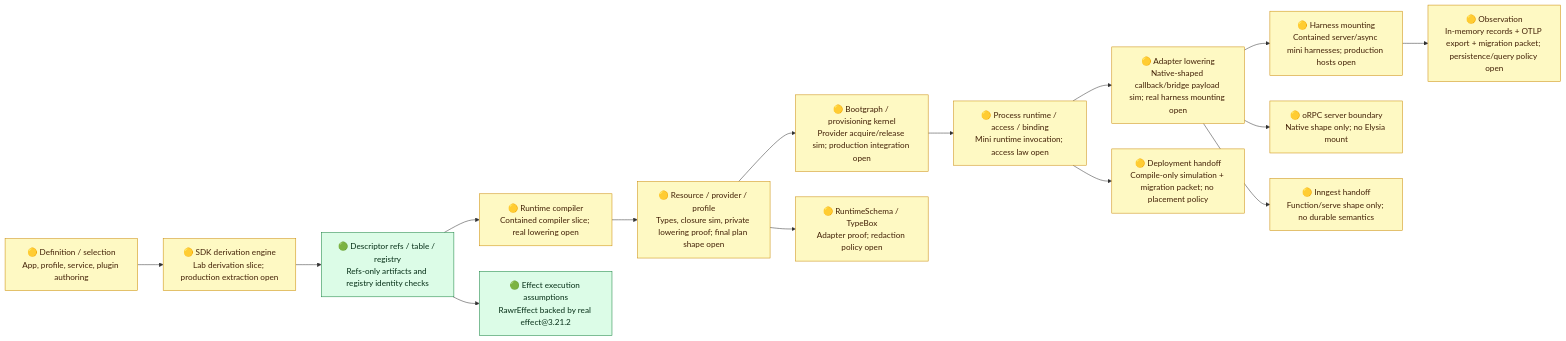
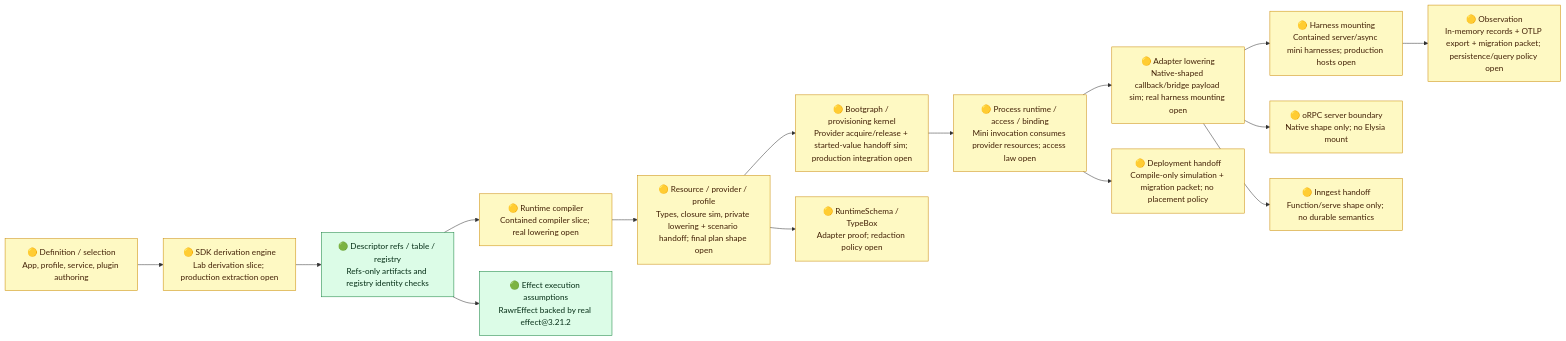
The diagram in tools/runtime-realization-type-env/evidence/runtime-spine-verification-diagnostic.md (rawr-ai/rawr-hq-template), drawn with Mermaid before and after one commit. The commit also changed other lines of this file and 8 other files, not shown here.

````diff
--- a/tools/runtime-realization-type-env/evidence/runtime-spine-verification-diagnostic.md
+++ b/tools/runtime-realization-type-env/evidence/runtime-spine-verification-diagnostic.md
@@ -19,25 +19,25 @@
 ```mermaid
 flowchart LR
   A["🟡 Definition / selection<br/>App, profile, service, plugin authoring"] --> B["🟡 SDK derivation engine<br/>Lab derivation slice; production extraction open"]
   B --> C["🟢 Descriptor refs / table / registry<br/>Refs-only artifacts and registry identity checks"]
   C --> D["🟡 Runtime compiler<br/>Contained compiler slice; real lowering open"]
-  D --> E["🟡 Resource / provider / profile<br/>Types, closure sim, private lowering proof; final plan shape open"]
-  E --> F["🟡 Bootgraph / provisioning kernel<br/>Provider acquire/release sim; production integration open"]
-  F --> G["🟡 Process runtime / access / binding<br/>Mini runtime invocation; access law open"]
+  D --> E["🟡 Resource / provider / profile<br/>Types, closure sim, private lowering + scenario handoff; final plan shape open"]
+  E --> F["🟡 Bootgraph / provisioning kernel<br/>Provider acquire/release + started-value handoff sim; production integration open"]
+  F --> G["🟡 Process runtime / access / binding<br/>Mini invocation consumes provider resources; access law open"]
   G --> H["🟡 Adapter lowering<br/>Native-shaped callback/bridge payload sim; real harness mounting open"]
   H --> I["🟡 Harness mounting<br/>Contained server/async mini harnesses; production hosts open"]
   I --> J["🟡 Observation<br/>In-memory records + OTLP export + migration packet; persistence/query policy open"]
 
   C --> K["🟢 Effect execution assumptions<br/>RawrEffect backed by real effect@3.21.2"]
   E --> L["🟡 RuntimeSchema / TypeBox<br/>Adapter proof; redaction policy open"]
   H --> M["🟡 oRPC server boundary<br/>Native shape only; no Elysia mount"]
   H --> N["🟡 Inngest handoff<br/>Function/serve shape only; no durable semantics"]
   G --> O["🟡 Deployment handoff<br/>Compile-only simulation + migration packet; no placement policy"]
 
   classDef green fill:#dcfce7,stroke:#15803d,color:#052e16;
   classDef yellow fill:#fef9c3,stroke:#ca8a04,color:#422006;
   classDef red fill:#fee2e2,stroke:#b91c1c,color:#450a0a;
   class C,K green;
   class A,B,D,E,F,G,H,J,L,M,N,O yellow;
   class I yellow;
 ```
````
